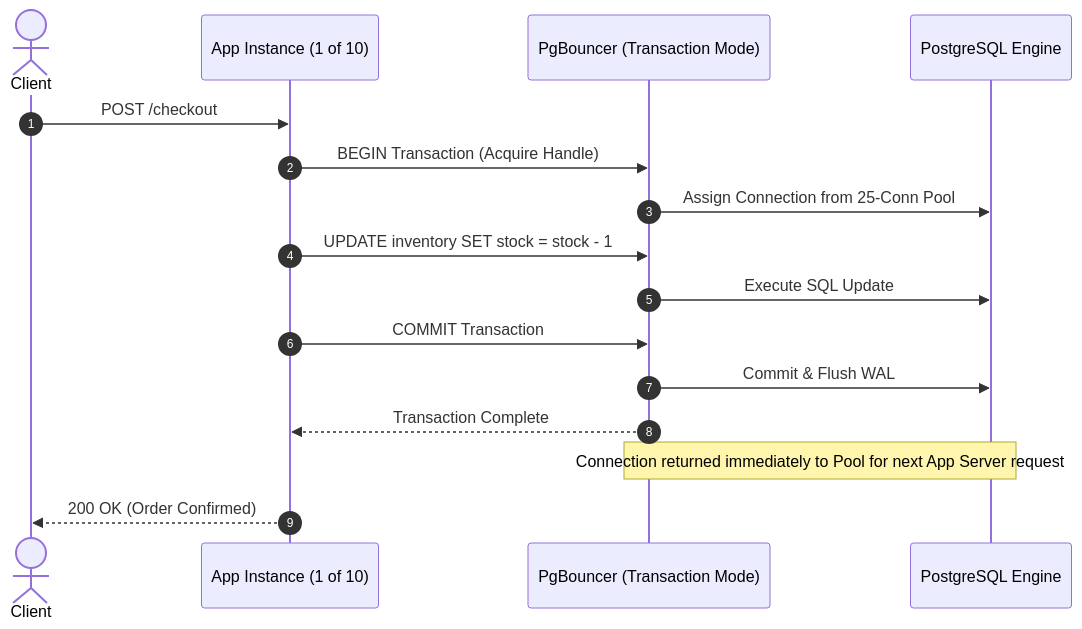
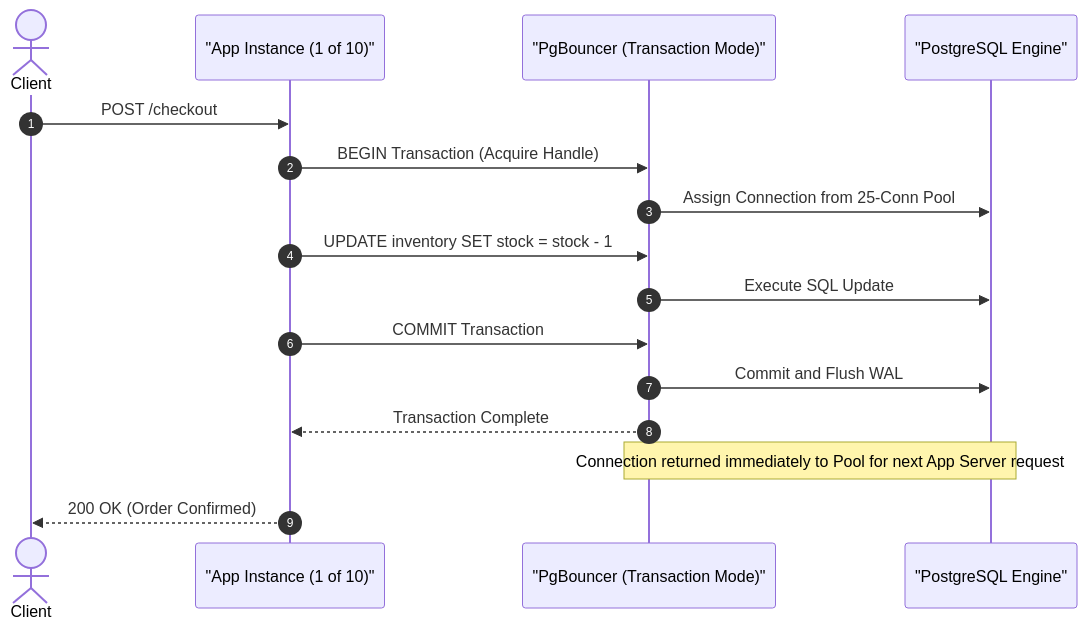
The fourth of 5 diagrams in days/phase-2-database-becomes-the-problem/day-06-app-scales-db-doesnt/README.md (userhimanshuverma/30_Days_of_Building_Systems_That_Scale), drawn with Mermaid before and after one commit. The commit also changed other lines of this file and 1 other file, not shown here.

Commit message:
fix(docs): refactor Mermaid diagrams for strict GitHub rendering compatibility

````diff
--- a/days/phase-2-database-becomes-the-problem/day-06-app-scales-db-doesnt/README.md
+++ b/days/phase-2-database-becomes-the-problem/day-06-app-scales-db-doesnt/README.md
@@ -268,19 +270,19 @@
 ```mermaid
 sequenceDiagram
     autonumber
     actor Client
-    participant App as App Instance (1 of 10)
-    participant Proxy as PgBouncer (Transaction Mode)
-    participant DB as PostgreSQL Engine
+    participant App as "App Instance (1 of 10)"
+    participant Proxy as "PgBouncer (Transaction Mode)"
+    participant DB as "PostgreSQL Engine"
 
     Client->>App: POST /checkout
     App->>Proxy: BEGIN Transaction (Acquire Handle)
     Proxy->>DB: Assign Connection from 25-Conn Pool
     App->>Proxy: UPDATE inventory SET stock = stock - 1
     Proxy->>DB: Execute SQL Update
     App->>Proxy: COMMIT Transaction
-    Proxy->>DB: Commit & Flush WAL
+    Proxy->>DB: Commit and Flush WAL
     Proxy-->>App: Transaction Complete
     Note over Proxy,DB: Connection returned immediately to Pool for next App Server request
     App-->>Client: 200 OK (Order Confirmed)
 ```
````
